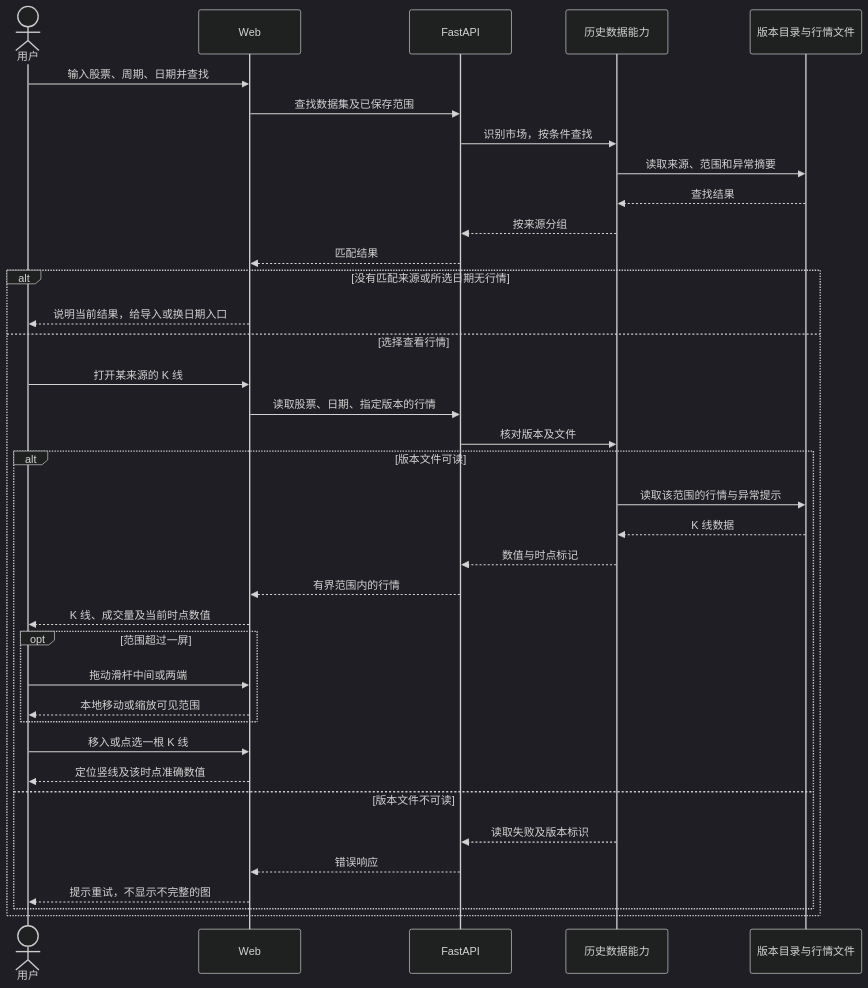
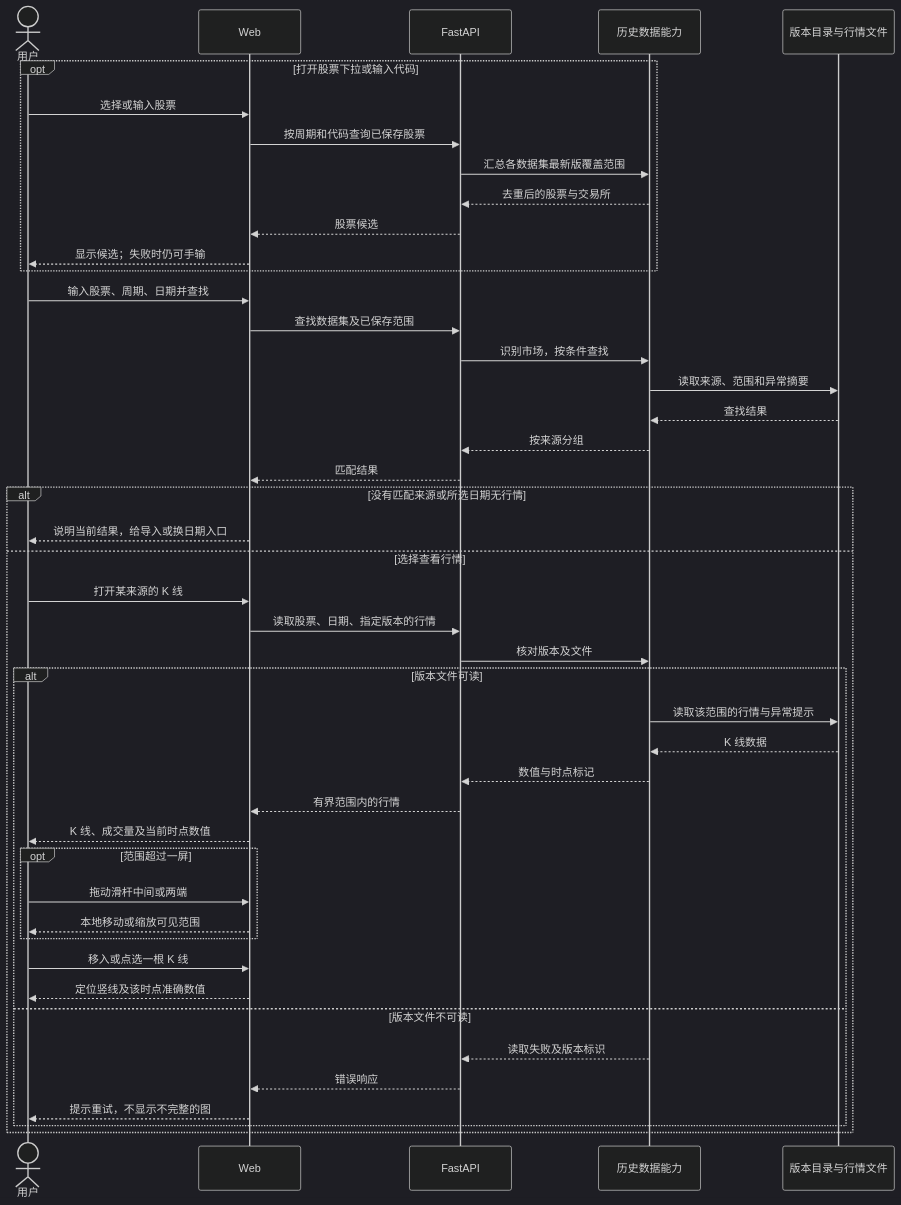
The first of 2 diagrams in docs/requirements/REQ-002/technical-design.md (lunaticzzhg/Lightning), drawn with Mermaid (dark theme) before and after one commit. The commit also changed other lines of this file and 15 other files, not shown here.

````diff
--- a/docs/requirements/REQ-002/technical-design.md
+++ b/docs/requirements/REQ-002/technical-design.md
@@ -29,39 +29,47 @@
 ```mermaid
 sequenceDiagram
     actor 用户
     participant Web
     participant API as FastAPI
     participant 数据 as 历史数据能力
     participant 存储 as 版本目录与行情文件
+    opt 打开股票下拉或输入代码
+        用户->>Web: 选择或输入股票
+        Web->>API: 按周期和代码查询已保存股票
+        API->>数据: 汇总各数据集最新版覆盖范围
+        数据-->>API: 去重后的股票与交易所
+        API-->>Web: 股票候选
+        Web-->>用户: 显示候选；失败时仍可手输
+    end
     用户->>Web: 输入股票、周期、日期并查找
     Web->>API: 查找数据集及已保存范围
     API->>数据: 识别市场，按条件查找
     数据->>存储: 读取来源、范围和异常摘要
     存储-->>数据: 查找结果
     数据-->>API: 按来源分组
     API-->>Web: 匹配结果
     alt 没有匹配来源或所选日期无行情
         Web-->>用户: 说明当前结果，给导入或换日期入口
     else 选择查看行情
         用户->>Web: 打开某来源的 K 线
         Web->>API: 读取股票、日期、指定版本的行情
         API->>数据: 核对版本及文件
         alt 版本文件可读
             数据->>存储: 读取该范围的行情与异常提示
             存储-->>数据: K 线数据
             数据-->>API: 数值与时点标记
             API-->>Web: 有界范围内的行情
             Web-->>用户: K 线、成交量及当前时点数值
             opt 范围超过一屏
                 用户->>Web: 拖动滑杆中间或两端
                 Web-->>用户: 本地移动或缩放可见范围
             end
             用户->>Web: 移入或点选一根 K 线
             Web-->>用户: 定位竖线及该时点准确数值
         else 版本文件不可读
             数据-->>API: 读取失败及版本标识
             API-->>Web: 错误响应
             Web-->>用户: 提示重试，不显示不完整的图
         end
     end
 ```
````
